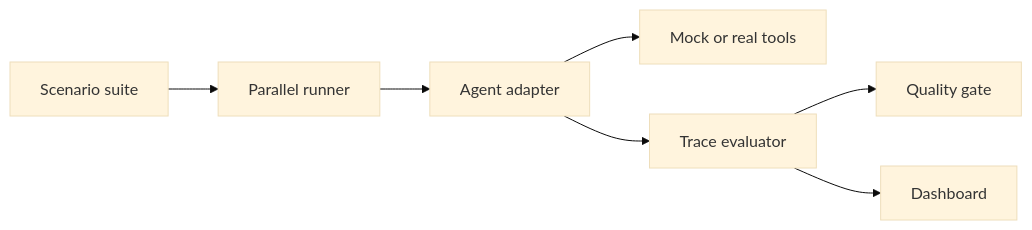
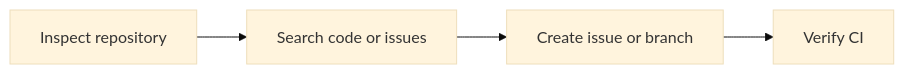
One commit to radhika-singh-10/ToolReliability changed the fourth of 4 diagrams in README.md. Above: the diagram before and after it, drawn with Mermaid (base theme). The commit also changed other lines of this file, not shown here.

Commit message:
docs: expand architecture and feature documentation

````diff
--- a/README.md
+++ b/README.md
@@ -29,9 +130,6 @@
 ```mermaid
 flowchart LR
-  A[Scenario suite] --> B[Parallel runner]
-  B --> C[Agent adapter]
-  C --> D[Mock or real tools]
-  C --> E[Trace evaluator]
-  E --> F[Quality gate]
-  E --> G[Dashboard]
+    A["Inspect repository"] --> B["Search code or issues"]
+    B --> C["Create issue or branch"]
+    C --> D["Verify CI"]
 ```
````
